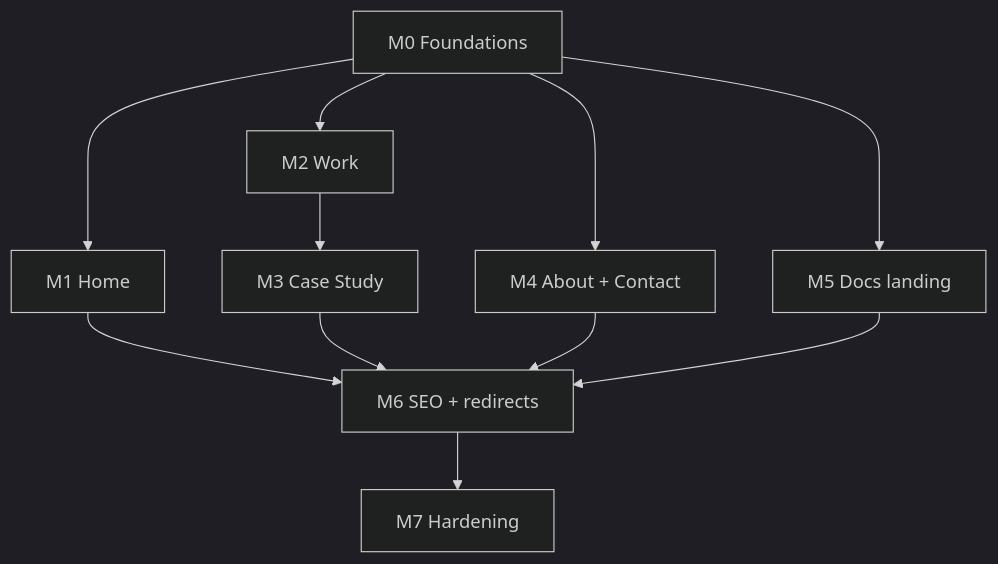
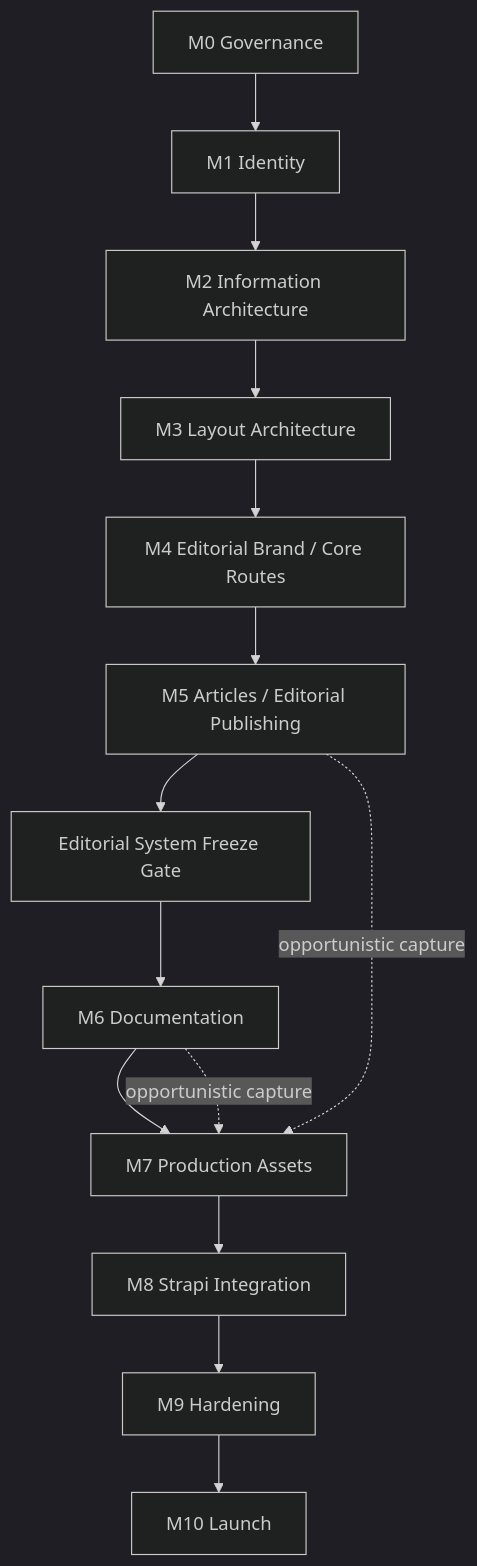
Before and after one commit to IntraWeb-Technology/nexus: the second of 2 diagrams in apps/atlas-docs/content/architecture/build-manifest.mdx, drawn with Mermaid (dark theme). The commit also changed other lines of this file and 1 other file, not shown here.

````diff
--- a/apps/atlas-docs/content/architecture/build-manifest.mdx
+++ b/apps/atlas-docs/content/architecture/build-manifest.mdx
@@ -629,13 +778,16 @@
 ```mermaid
 flowchart TD
-  M0[M0 Foundations] --> M1[M1 Home]
-  M0 --> M2[M2 Work]
-  M2 --> M3[M3 Case Study]
-  M0 --> M4[M4 About + Contact]
-  M0 --> M5[M5 Docs landing]
-  M1 --> M6[M6 SEO + redirects]
-  M3 --> M6
-  M4 --> M6
-  M5 --> M6
-  M6 --> M7[M7 Hardening]
+  M0[M0 Governance] --> M1[M1 Identity]
+  M1 --> M2[M2 Information Architecture]
+  M2 --> M3[M3 Layout Architecture]
+  M3 --> M4[M4 Editorial Brand / Core Routes]
+  M4 --> M5[M5 Articles / Editorial Publishing]
+  M5 --> Gate[Editorial System Freeze Gate]
+  Gate --> M6[M6 Documentation]
+  M6 --> M7[M7 Production Assets]
+  M5 -.->|opportunistic capture| M7
+  M6 -.->|opportunistic capture| M7
+  M7 --> M8[M8 Strapi Integration]
+  M8 --> M9[M9 Hardening]
+  M9 --> M10[M10 Launch]
 ```
````
